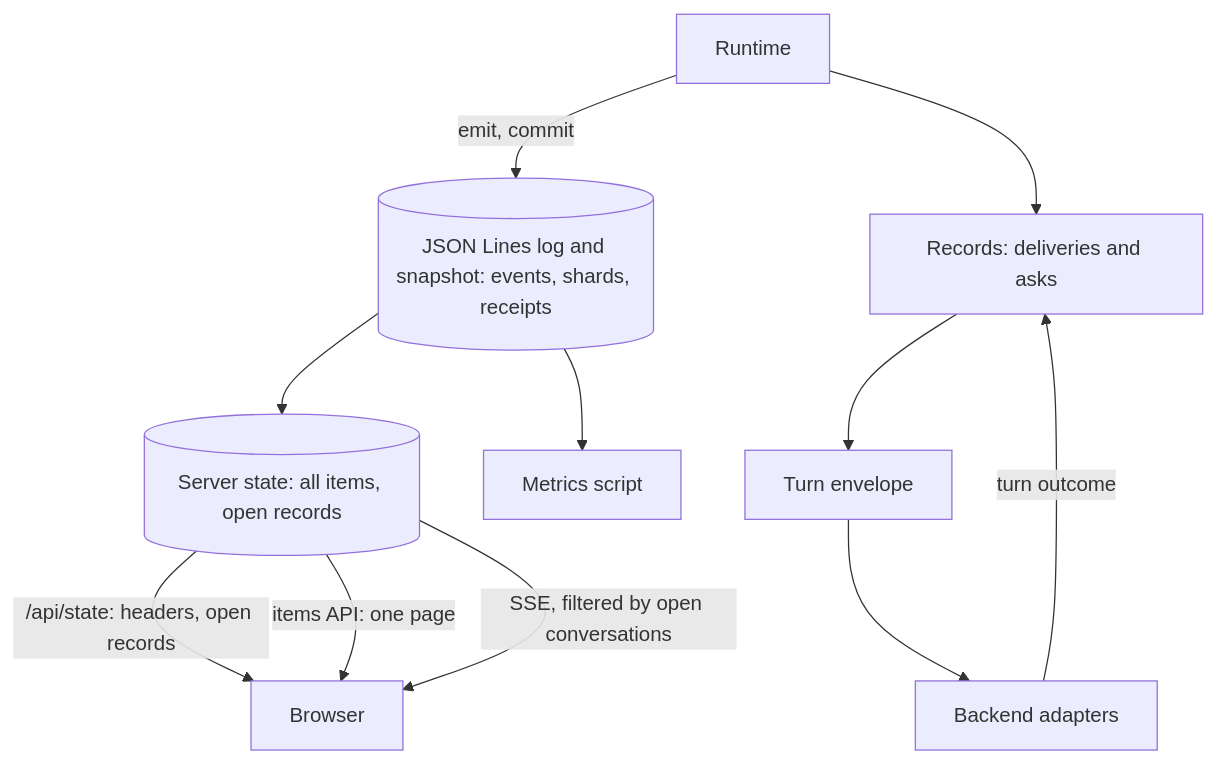
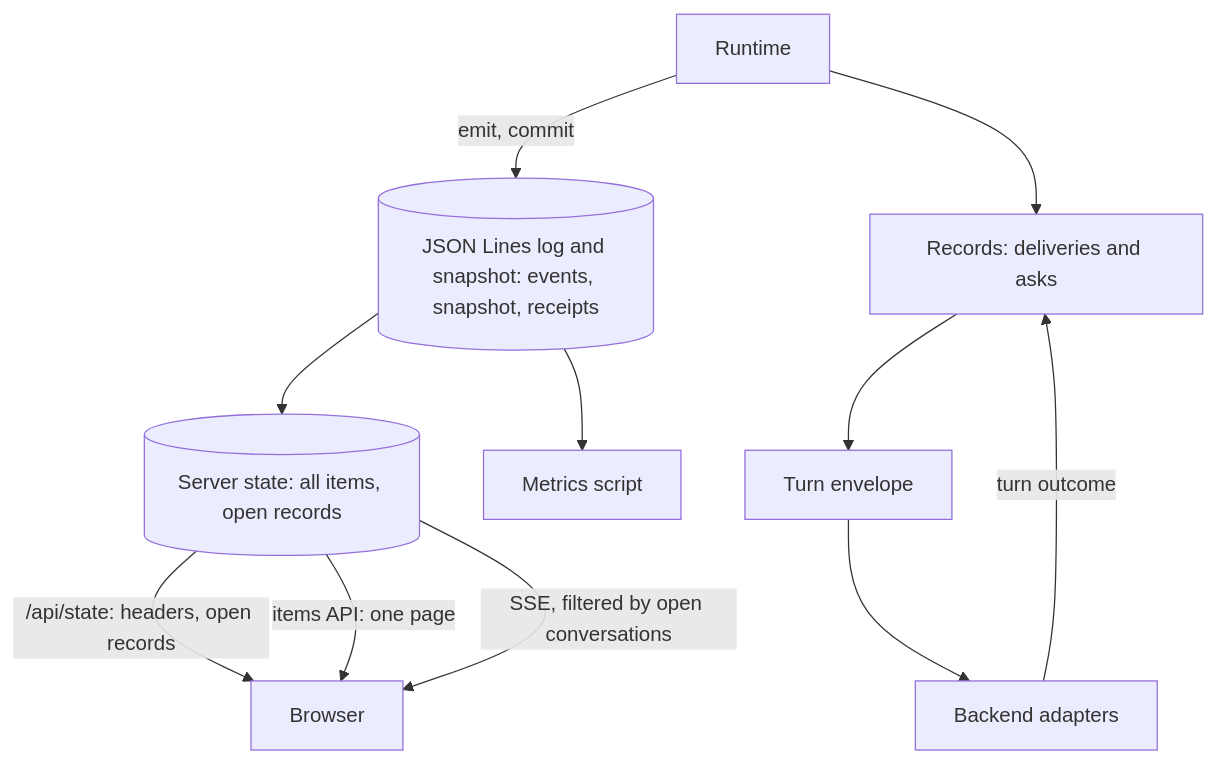
One commit to HJeon139/postbox changed the second of 9 diagrams in designs/508/design.md. Above: the diagram before and after it, drawn with Mermaid. The commit also changed 3 other files, not shown here.

````diff
--- a/designs/508/design.md
+++ b/designs/508/design.md
@@ -96,13 +96,13 @@
 ```mermaid
 flowchart TD
-  RT["Runtime"] -->|"emit, commit"| DB[("JSON Lines log and snapshot: events, shards, receipts")]
+  RT["Runtime"] -->|"emit, commit"| DB[("JSON Lines log and snapshot: events, snapshot, receipts")]
   DB --> ST[("Server state: all items, open records")]
   RT --> REC["Records: deliveries and asks"]
   REC --> ENV["Turn envelope"]
   ENV --> AD["Backend adapters"]
   AD -->|"turn outcome"| REC
   ST -->|"/api/state: headers, open records"| BR["Browser"]
   ST -->|"items API: one page"| BR
   ST -->|"SSE, filtered by open conversations"| BR
   DB --> MET["Metrics script"]
 ```
````
